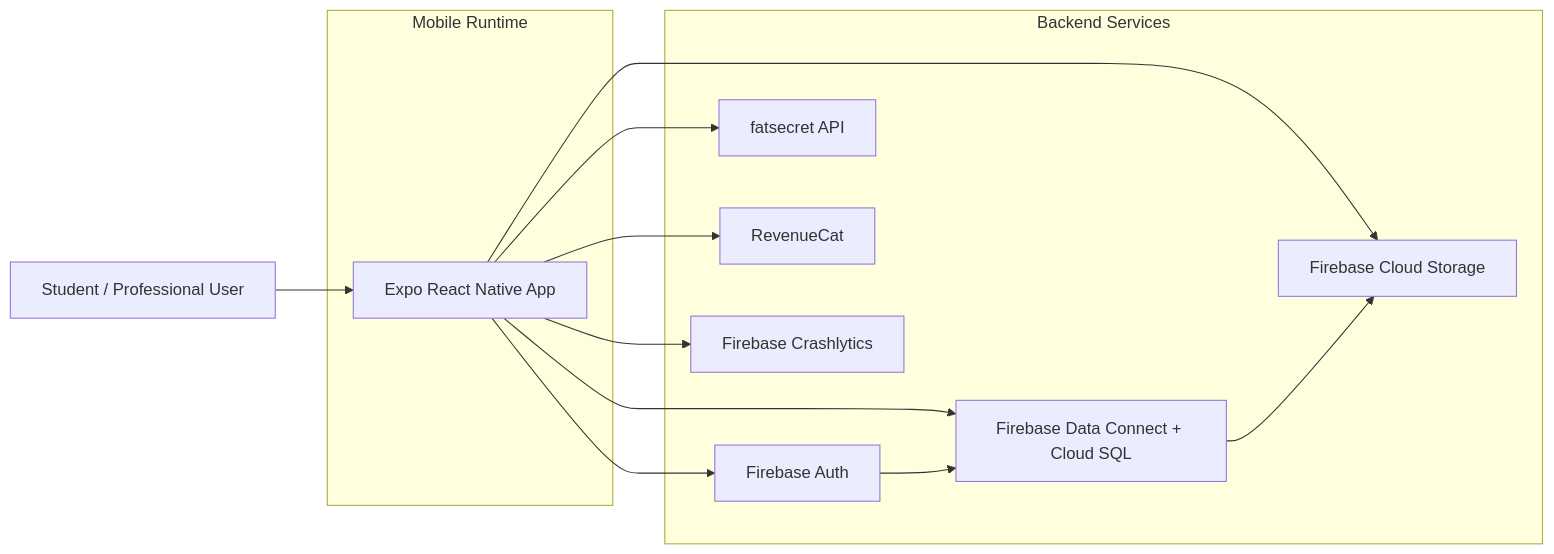
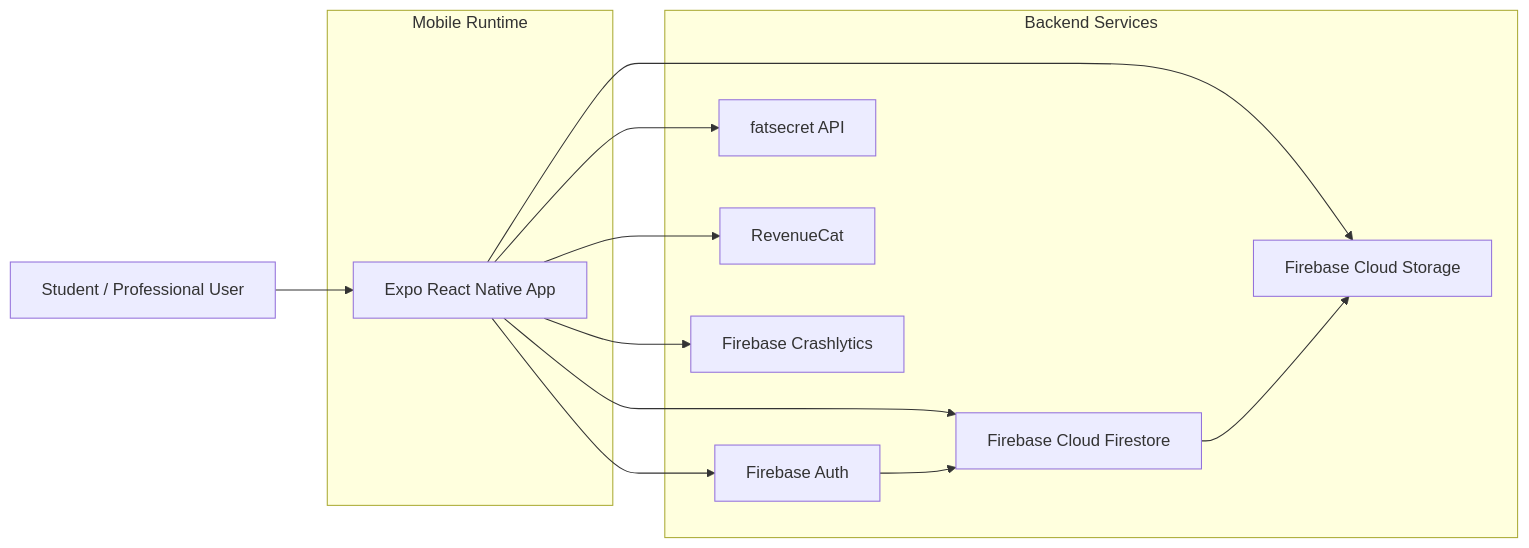
One commit to edufelip/MyChampions changed the diagram in docs/diagrams/mobile-stack-high-level-v1.md. Above: the diagram before and after it, drawn with Mermaid. The commit also changed 113 other files, not shown here.

````diff
--- a/docs/diagrams/mobile-stack-high-level-v1.md
+++ b/docs/diagrams/mobile-stack-high-level-v1.md
@@ -3,27 +3,27 @@
 ```mermaid
 flowchart LR
   U[Student / Professional User] --> A[Expo React Native App]
 
   A --> B[Firebase Auth]
-  A --> C[Firebase Data Connect + Cloud SQL]
+  A --> C[Firebase Cloud Firestore]
   A --> D[Firebase Cloud Storage]
   A --> E[fatsecret API]
   A --> F[RevenueCat]
   A --> G[Firebase Crashlytics]
 
   B --> C
   C --> D
 
   subgraph Mobile Runtime
     A
   end
 
   subgraph Backend Services
     B
     C
     D
     E
     F
     G
   end
 ```
````
